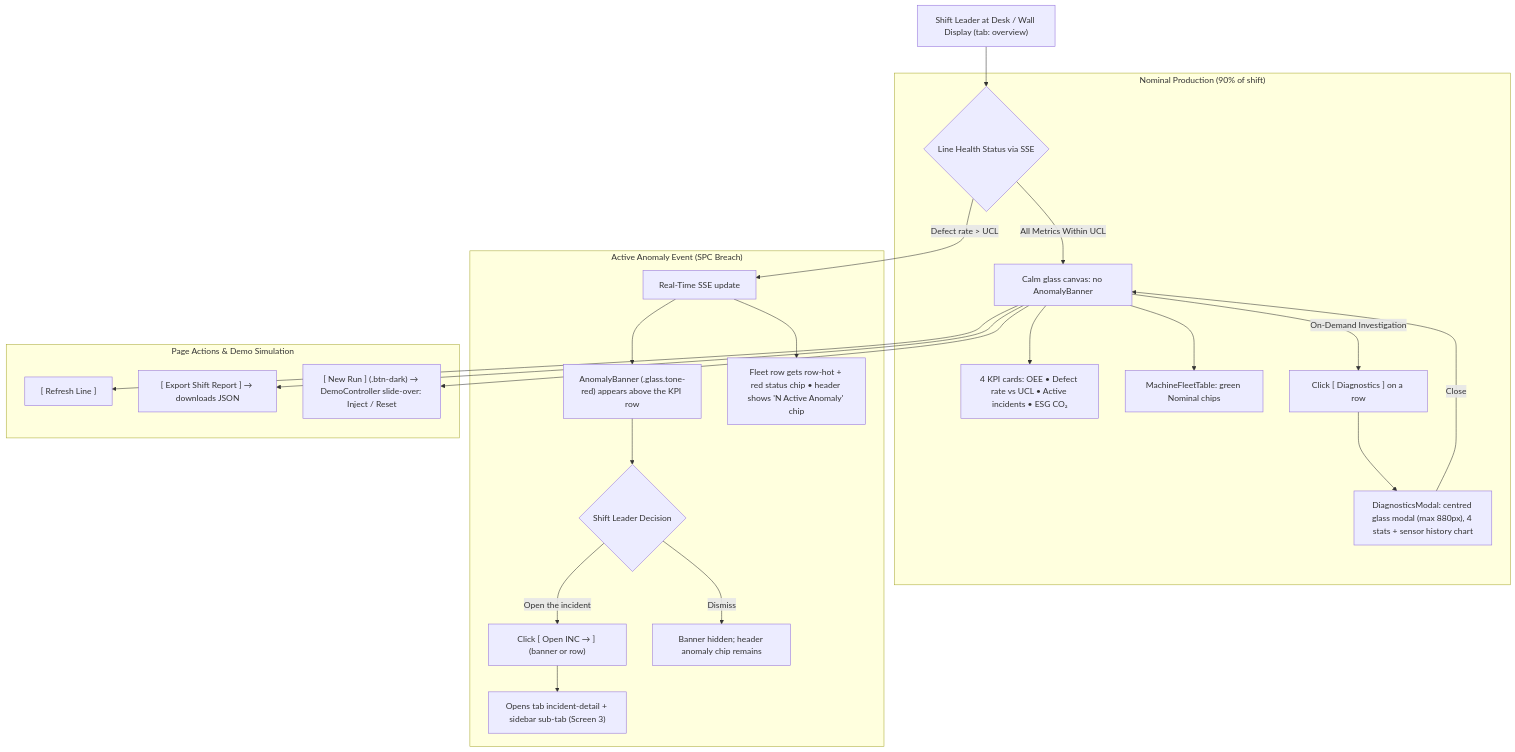
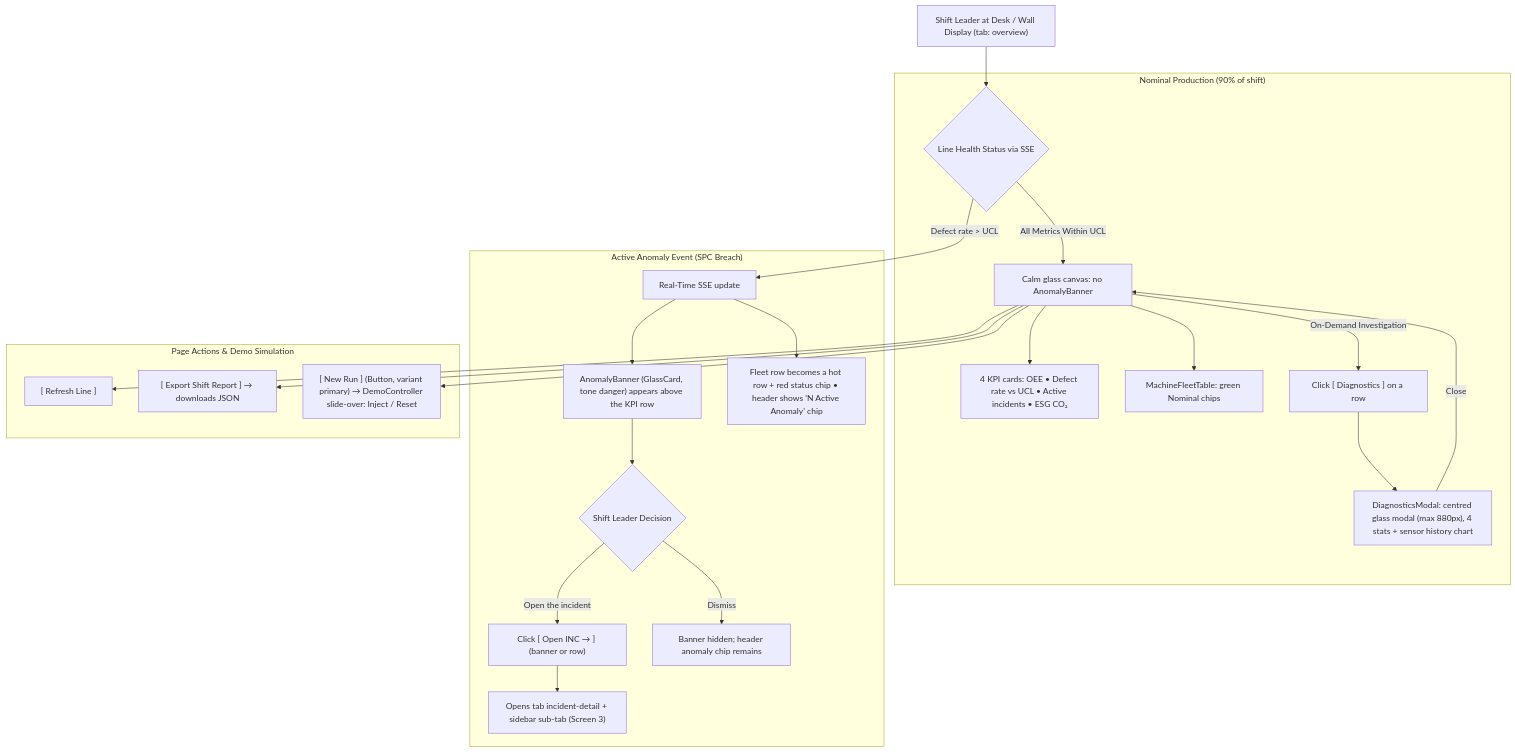
The diagram in docs/wireframes/01_line_overview.md (vanduc2514/hackathon-builder-cup-manufacturing-anomaly), drawn with Mermaid before and after one commit. The commit also changed other lines of this file and 11 other files, not shown here.

````diff
--- a/docs/wireframes/01_line_overview.md
+++ b/docs/wireframes/01_line_overview.md
@@ -17,30 +16,30 @@
 ```mermaid
 flowchart TD
     A["Shift Leader at Desk / Wall Display (tab: overview)"] --> B{"Line Health Status via SSE"}
 
     subgraph Nominal ["Nominal Production (90% of shift)"]
         B -->|"All Metrics Within UCL"| C["Calm glass canvas: no AnomalyBanner"]
         C --> C1["4 KPI cards: OEE • Defect rate vs UCL • Active incidents • ESG CO₂"]
         C --> C2["MachineFleetTable: green Nominal chips"]
         C -->|"On-Demand Investigation"| D["Click [ Diagnostics ] on a row"]
         D --> D1["DiagnosticsModal: centred glass modal (max 880px), 4 stats + sensor history chart"]
         D1 -->|"Close"| C
     end
 
     subgraph Anomaly ["Active Anomaly Event (SPC Breach)"]
         B -->|"Defect rate > UCL"| E["Real-Time SSE update"]
-        E --> F["AnomalyBanner (.glass.tone-red) appears above the KPI row"]
-        E --> G["Fleet row gets row-hot + red status chip • header shows 'N Active Anomaly' chip"]
+        E --> F["AnomalyBanner (GlassCard, tone danger) appears above the KPI row"]
+        E --> G["Fleet row becomes a hot row + red status chip • header shows 'N Active Anomaly' chip"]
 
         F --> H{"Shift Leader Decision"}
         H -->|"Open the incident"| I["Click [ Open INC → ] (banner or row)"]
         I --> I1["Opens tab incident-detail + sidebar sub-tab (Screen 3)"]
         H -->|"Dismiss"| K["Banner hidden; header anomaly chip remains"]
     end
 
     subgraph Actions ["Page Actions & Demo Simulation"]
         C --> L["[ Refresh Line ]"]
         C --> M["[ Export Shift Report ] → downloads JSON"]
-        C --> N["[ New Run ] (.btn-dark) → DemoController slide-over: Inject / Reset"]
+        C --> N["[ New Run ] (Button, variant primary) → DemoController slide-over: Inject / Reset"]
     end
 ```
````
